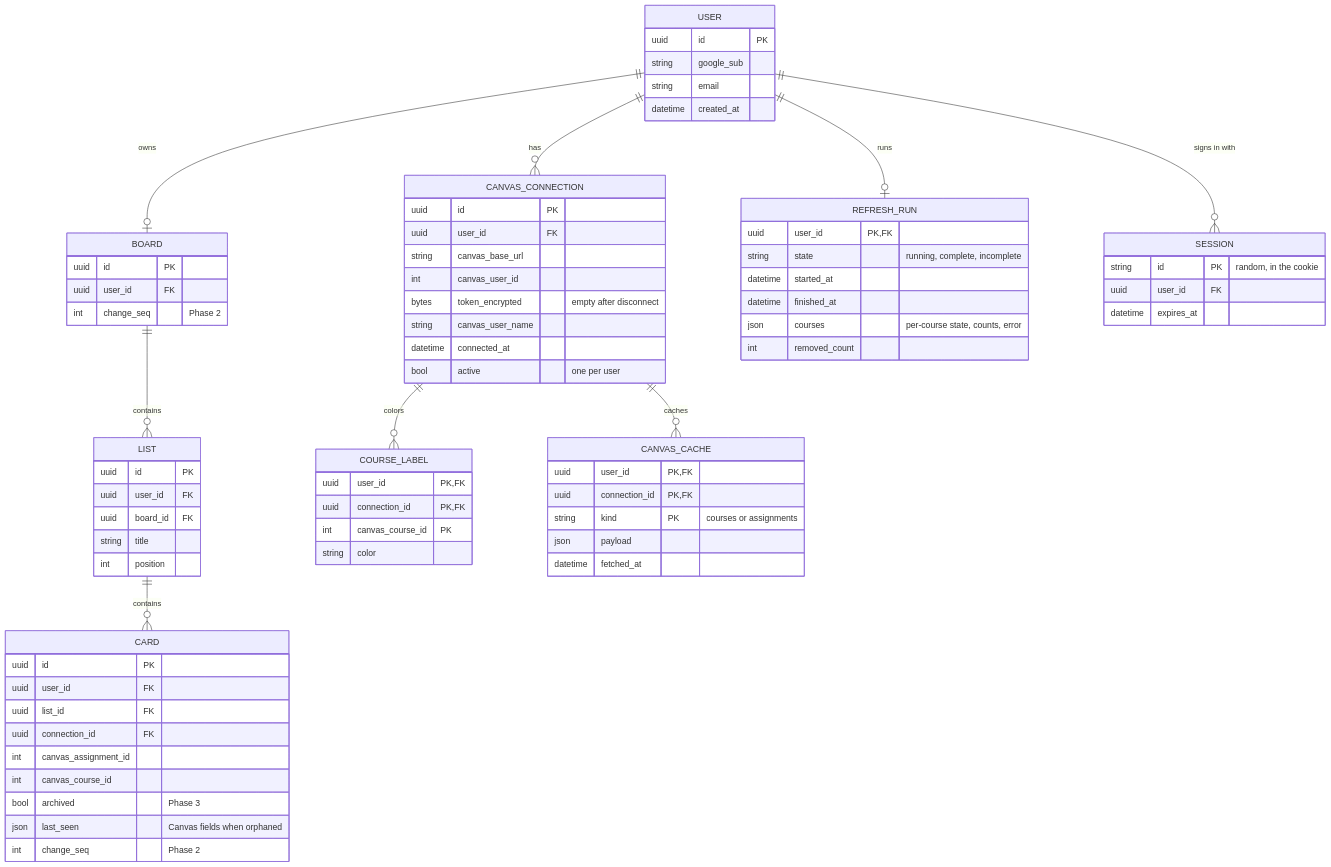
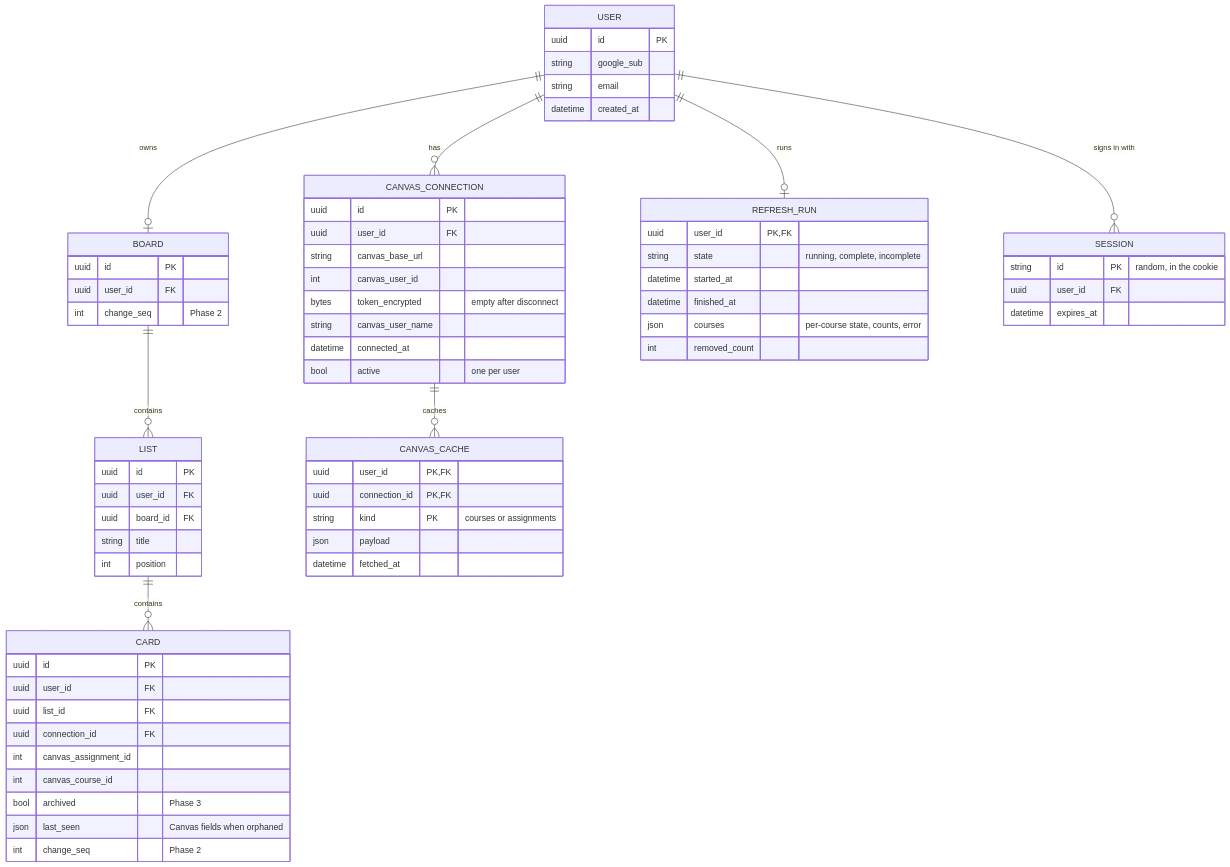
One commit to bbranton/TestProj changed the second of 6 diagrams in docs/canvas-portal/03-design.md. Above: the diagram before and after it, drawn with Mermaid. The commit also changed other lines of this file, not shown here.

First line of the commit message:
Design: course colors postponed to Phase 5 (FR-66)

````diff
--- a/docs/canvas-portal/03-design.md
+++ b/docs/canvas-portal/03-design.md
@@ -83,77 +83,70 @@
 ```mermaid
 erDiagram
     USER ||--o{ CANVAS_CONNECTION : has
     USER ||--o| BOARD : owns
     USER ||--o| REFRESH_RUN : runs
     USER ||--o{ SESSION : "signs in with"
     BOARD ||--o{ LIST : contains
     LIST ||--o{ CARD : contains
-    CANVAS_CONNECTION ||--o{ COURSE_LABEL : colors
     CANVAS_CONNECTION ||--o{ CANVAS_CACHE : caches
 
     USER {
         uuid id PK
         string google_sub
         string email
         datetime created_at
     }
     SESSION {
         string id PK "random, in the cookie"
         uuid user_id FK
         datetime expires_at
     }
     CANVAS_CONNECTION {
         uuid id PK
         uuid user_id FK
         string canvas_base_url
         int canvas_user_id
         bytes token_encrypted "empty after disconnect"
         string canvas_user_name
         datetime connected_at
         bool active "one per user"
     }
     BOARD {
         uuid id PK
         uuid user_id FK
         int change_seq "Phase 2"
     }
     LIST {
         uuid id PK
         uuid user_id FK
         uuid board_id FK
         string title
         int position
     }
     CARD {
         uuid id PK
         uuid user_id FK
         uuid list_id FK
         uuid connection_id FK
         int canvas_assignment_id
         int canvas_course_id
         bool archived "Phase 3"
         json last_seen "Canvas fields when orphaned"
         int change_seq "Phase 2"
     }
-    COURSE_LABEL {
-        uuid user_id PK, FK
-        uuid connection_id PK, FK
-        int canvas_course_id PK
-        string color
-    }
     REFRESH_RUN {
         uuid user_id PK, FK
         string state "running, complete, incomplete"
         datetime started_at
         datetime finished_at
         json courses "per-course state, counts, error"
         int removed_count
     }
     CANVAS_CACHE {
         uuid user_id PK, FK
         uuid connection_id PK, FK
         string kind PK "courses or assignments"
         json payload
         datetime fetched_at
     }
 ```
````
